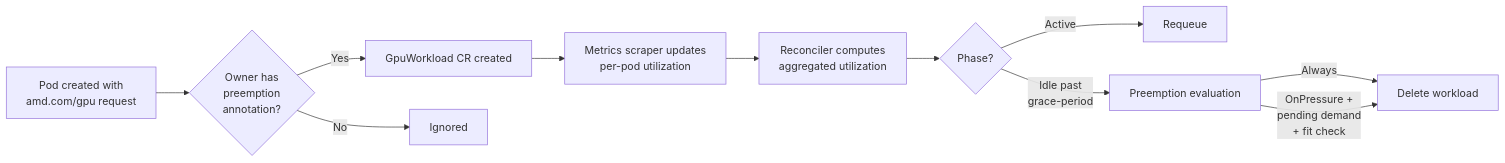
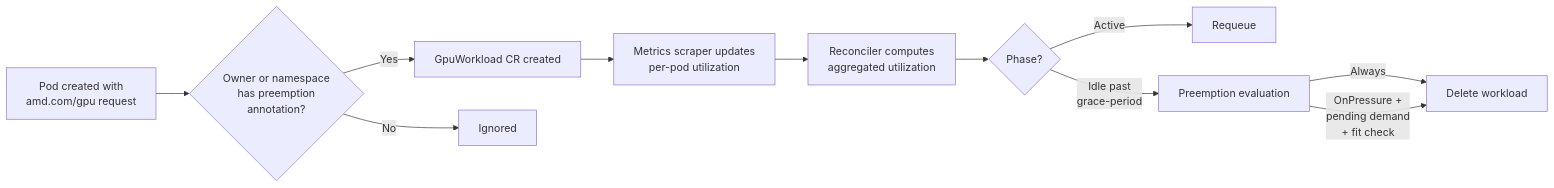
The diagram in docs/docs/admin/gpu-preemption.md (silogen/kaiwo), drawn with Mermaid before and after one commit. The commit also changed other lines of this file and 4 other files, not shown here.

First line of the commit message:
add namespace-level annotation lookup for GPU preemption

````diff
--- a/docs/docs/admin/gpu-preemption.md
+++ b/docs/docs/admin/gpu-preemption.md
@@ -9,13 +9,13 @@
 ```mermaid
 flowchart LR
-    P[Pod created with<br>amd.com/gpu request] --> D{Owner has<br>preemption<br>annotation?}
+    P[Pod created with<br>amd.com/gpu request] --> D{Owner or namespace<br>has preemption<br>annotation?}
     D -- Yes --> G[GpuWorkload CR created]
     D -- No --> X[Ignored]
     G --> S[Metrics scraper updates<br>per-pod utilization]
     S --> R[Reconciler computes<br>aggregated utilization]
     R --> Ph{Phase?}
     Ph -- Active --> W[Requeue]
     Ph -- Idle past<br>grace-period --> E[Preemption evaluation]
     E -- Always --> Del[Delete workload]
     E -- OnPressure +<br>pending demand<br>+ fit check --> Del
 ```
````
